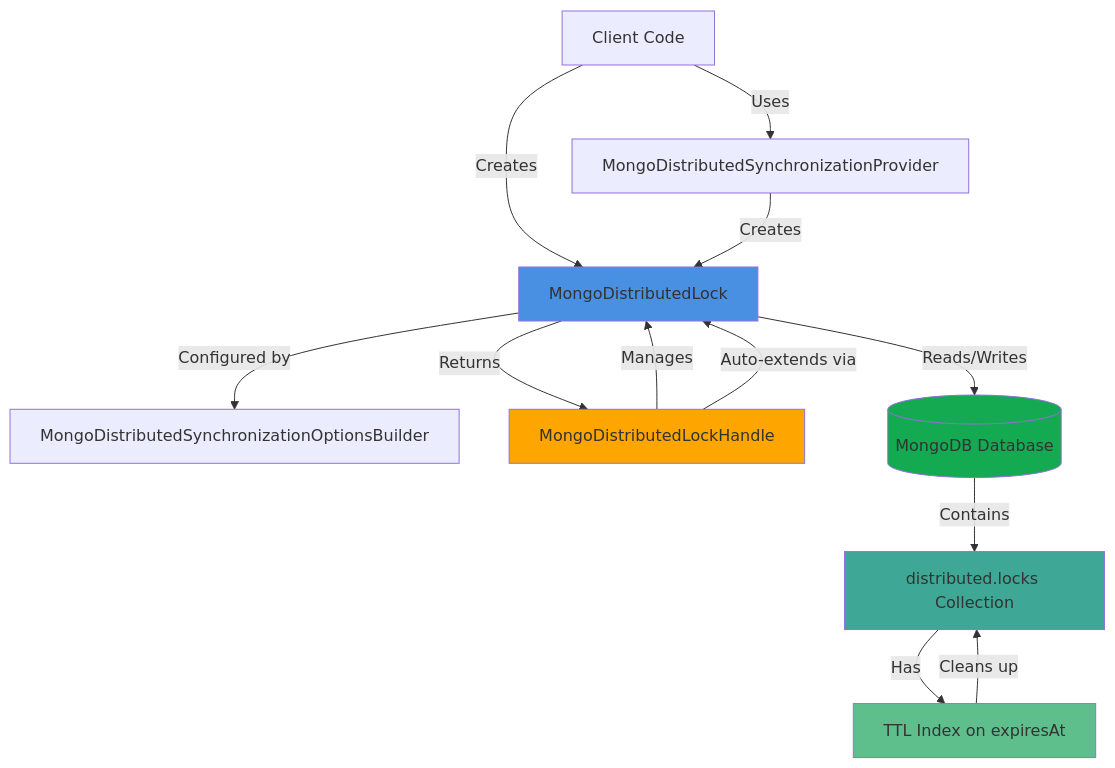
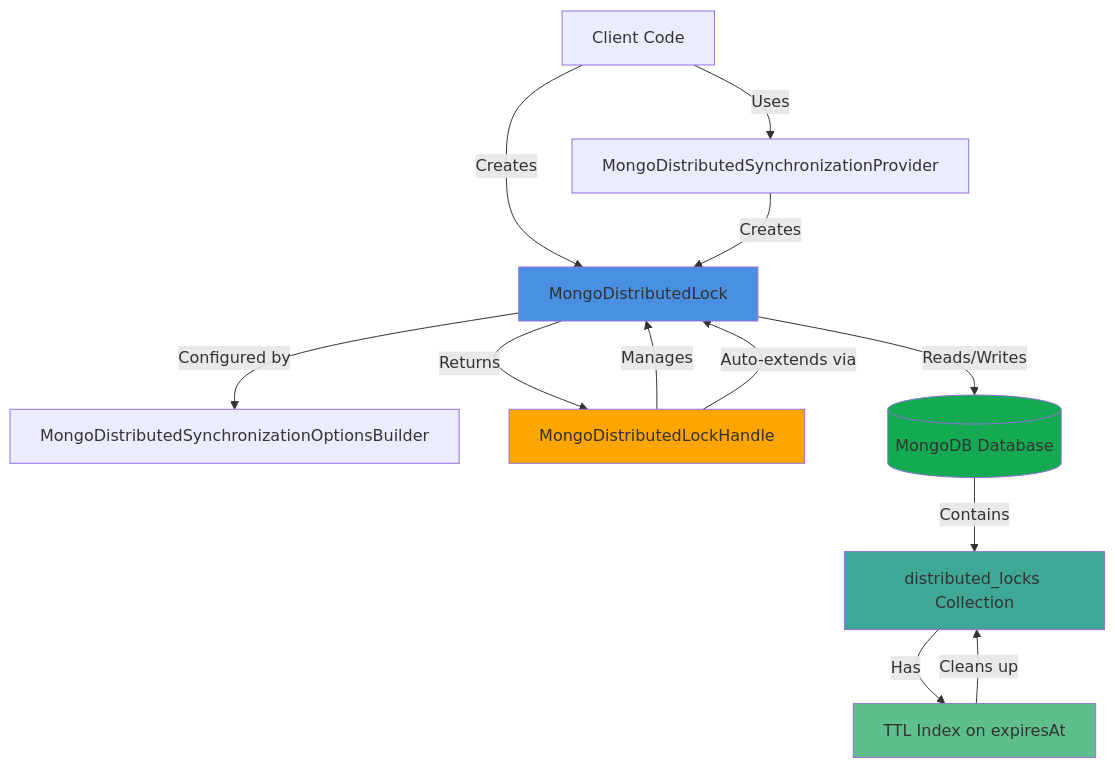
The third of 6 diagrams in src/DistributedLock.MongoDB/README.md (madelson/DistributedLock), drawn with Mermaid before and after one commit. The commit also changed other lines of this file and 11 other files, not shown here.

````diff
--- a/src/DistributedLock.MongoDB/README.md
+++ b/src/DistributedLock.MongoDB/README.md
@@ -184,32 +184,32 @@
 ```mermaid
 graph TB
     Client["Client Code"]
     Lock["MongoDistributedLock"]
     Provider["MongoDistributedSynchronizationProvider"]
     Options["MongoDistributedSynchronizationOptionsBuilder"]
     Handle["MongoDistributedLockHandle"]
 
     MongoDB[("MongoDB Database")]
-    Collection["distributed.locks Collection"]
+    Collection["distributed_locks Collection"]
     TTLIndex["TTL Index on expiresAt"]
 
     Client -->|Creates| Lock
     Client -->|Uses| Provider
     Provider -->|Creates| Lock
     Lock -->|Configured by| Options
     Lock -->|Returns| Handle
     Handle -->|Manages| Lock
 
     Lock -->|Reads/Writes| MongoDB
     Handle -->|Auto-extends via| Lock
 
     MongoDB -->|Contains| Collection
     Collection -->|Has| TTLIndex
     TTLIndex -->|Cleans up| Collection
 
     style MongoDB fill:#13aa52
     style Collection fill:#3fa796
     style TTLIndex fill:#5fbf8c
     style Handle fill:#ffa500
     style Lock fill:#4a90e2
 ```
````
